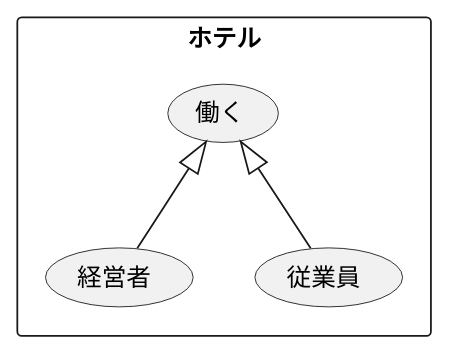
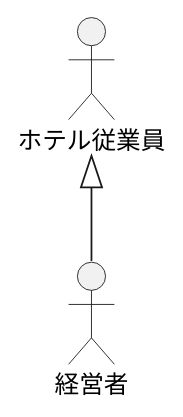
One commit to Nshikawakazuki/uml-intr changed the diagram in 演習2-2_ホテル従業員.pu. Above: the diagram before and after it, drawn with PlantUML. The commit also changed 2 other files, not shown here.

```diff
--- a/演習2-2_ホテル従業員.pu
+++ b/演習2-2_ホテル従業員.pu
@@ -1,9 +1,5 @@
 @startuml ホテル
-rectangle ホテル {
-usecase 働く
-usecase 経営者
-usecase 従業員
-}
-働く <|-- 経営者
-働く <|-- 従業員
+actor ホテル従業員
+actor 経営者
+ホテル従業員 <|-- 経営者
 @enduml
```
